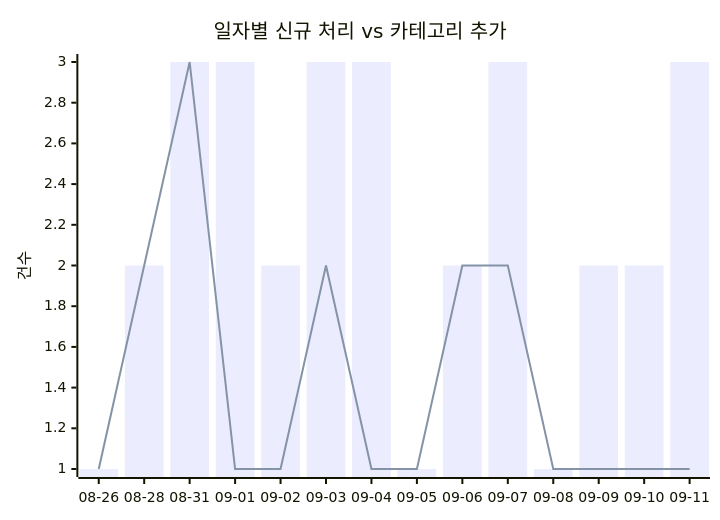
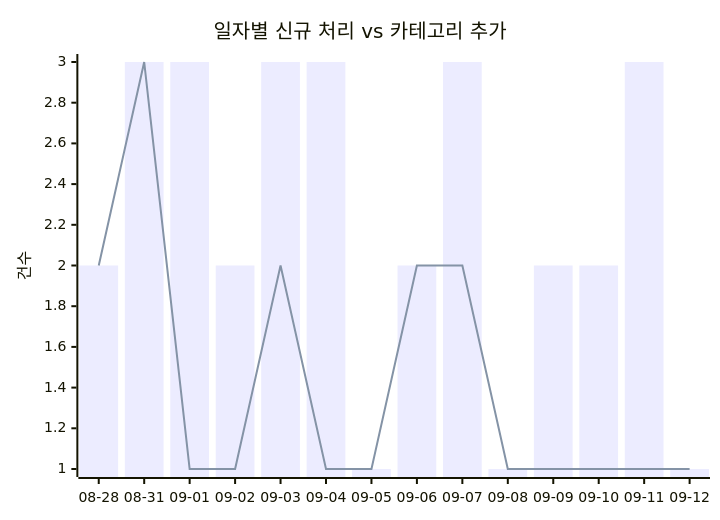
Before and after one commit to J-nowcow/awesome-korean-agent-skills: the first of 2 diagrams in docs/trends.md, drawn with Mermaid. The commit also changed other lines of this file and 4 other files, not shown here.

````diff
--- a/docs/trends.md
+++ b/docs/trends.md
@@ -32,8 +32,8 @@
 ```mermaid
 xychart-beta
     title "일자별 신규 처리 vs 카테고리 추가"
-    x-axis ["08-26","08-28","08-31","09-01","09-02","09-03","09-04","09-05","09-06","09-07","09-08","09-09","09-10","09-11"]
+    x-axis ["08-28","08-31","09-01","09-02","09-03","09-04","09-05","09-06","09-07","09-08","09-09","09-10","09-11","09-12"]
     y-axis "건수"
-    bar [1,2,3,3,2,3,3,1,2,3,1,2,2,3]
-    line [1,2,3,1,1,2,1,1,2,2,1,1,1,1]
+    bar [2,3,3,2,3,3,1,2,3,1,2,2,3,1]
+    line [2,3,1,1,2,1,1,2,2,1,1,1,1,1]
 ```
````
